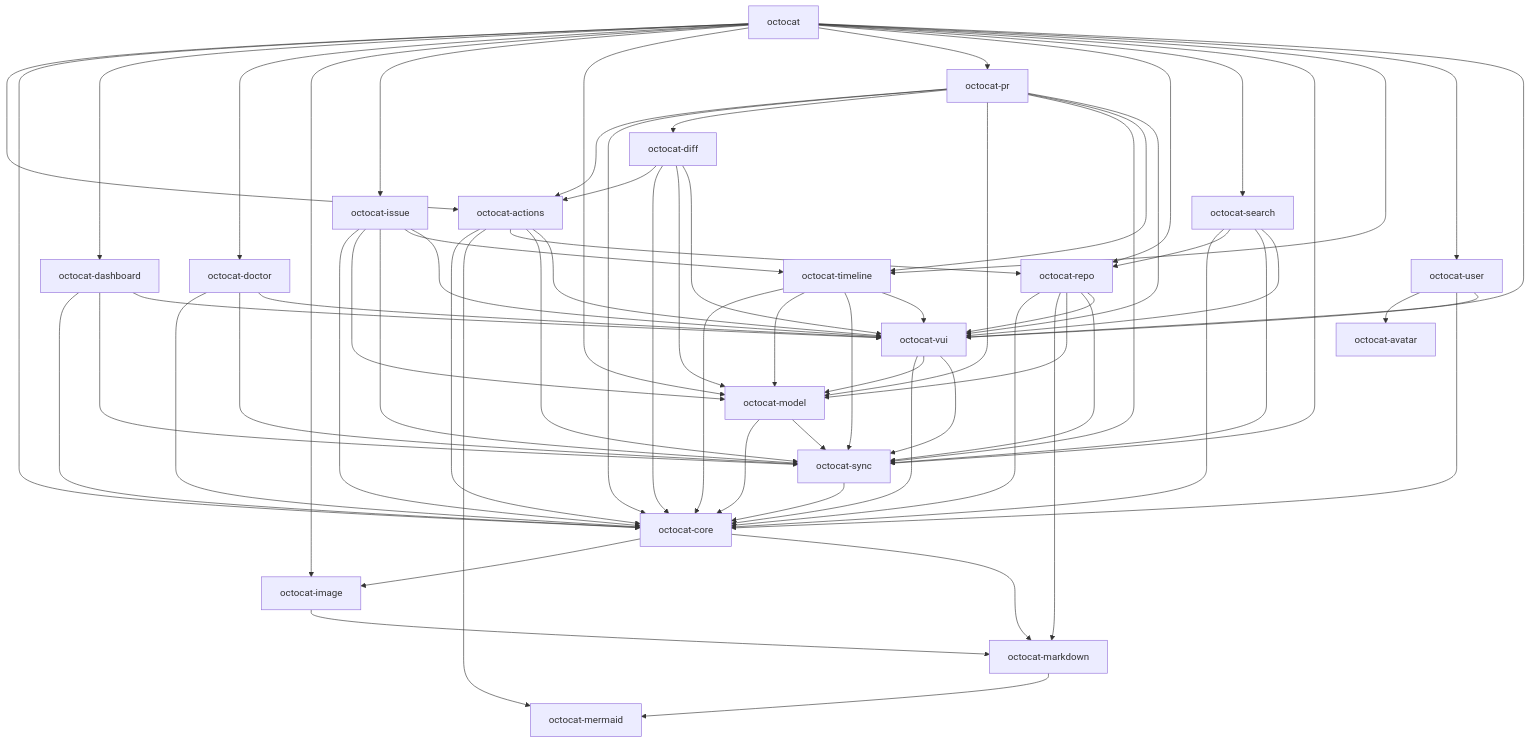
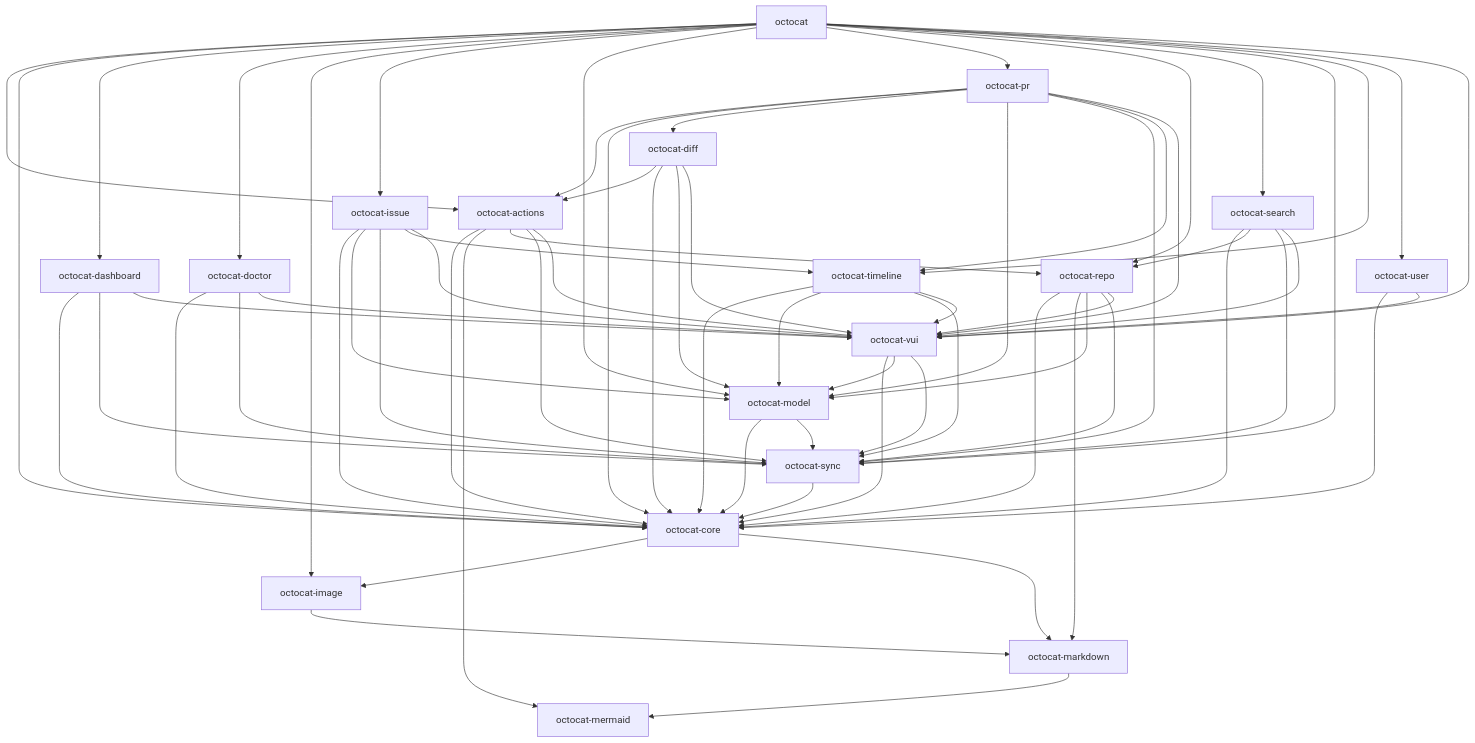
One commit to razzmatazz/octocat.el changed the first of 2 diagrams in docs/architecture.md. Above: the diagram before and after it, drawn with Mermaid. The commit also changed other lines of this file and 12 other files, not shown here.

First line of the commit message:
Show the user's avatar as an image, not as text art

````diff
--- a/docs/architecture.md
+++ b/docs/architecture.md
@@ -73,7 +73,6 @@
 ```mermaid
 flowchart TD
   octocat_actions[octocat-actions]
-  octocat_avatar[octocat-avatar]
   octocat_core[octocat-core]
   octocat_dashboard[octocat-dashboard]
   octocat_diff[octocat-diff]
@@ -138,7 +137,6 @@
   octocat_timeline --> octocat_model
   octocat_timeline --> octocat_sync
   octocat_timeline --> octocat_vui
-  octocat_user --> octocat_avatar
   octocat_user --> octocat_core
   octocat_user --> octocat_vui
   octocat_vui --> octocat_core
````
